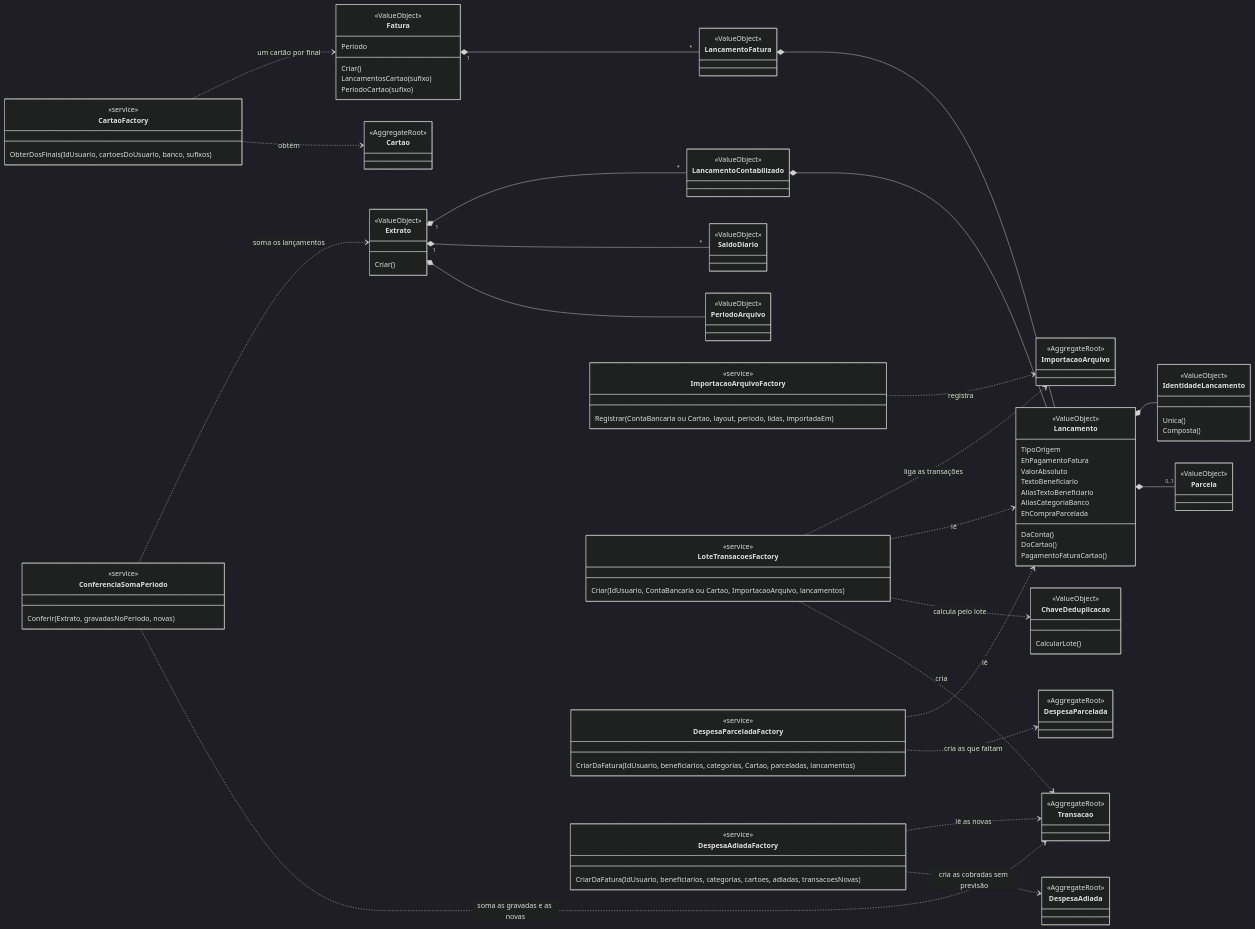
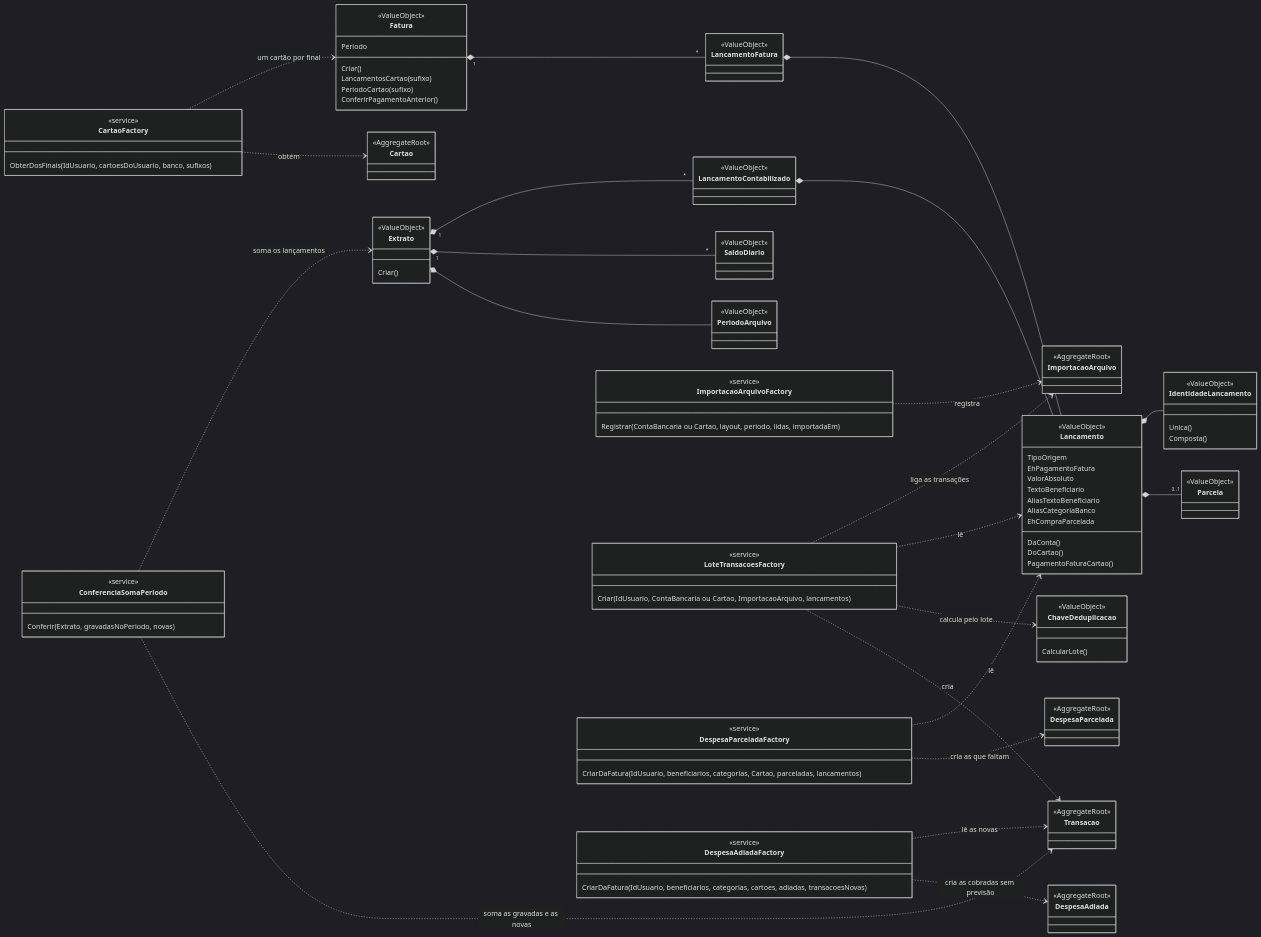
The second of 2 diagrams in docs/modelo-de-dominio.md (humbertosampaio/controle-financeiro), drawn with Mermaid (dark theme) before and after one commit. The commit also changed other lines of this file and 13 other files, not shown here.

First line of the commit message:
feat(importacao): Avisa quando a fatura não traz o pagamento da anterior

```diff
--- a/docs/modelo-de-dominio.md
+++ b/docs/modelo-de-dominio.md
@@ -342,6 +342,7 @@
         Periodo
         LancamentosCartao(sufixo)
         PeriodoCartao(sufixo)
+        ConferirPagamentoAnterior()
     }
     class LancamentoFatura {
         <<ValueObject>>
```
